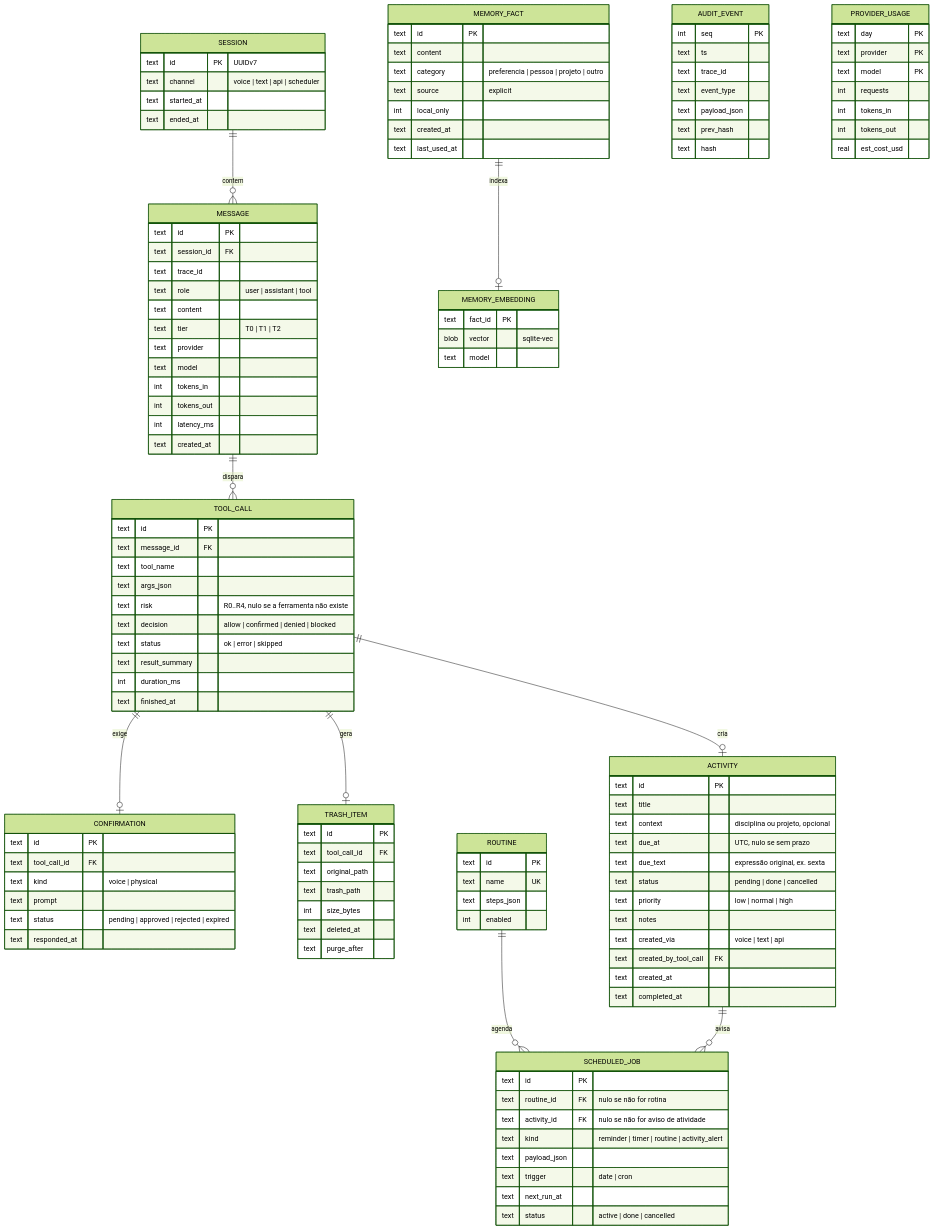
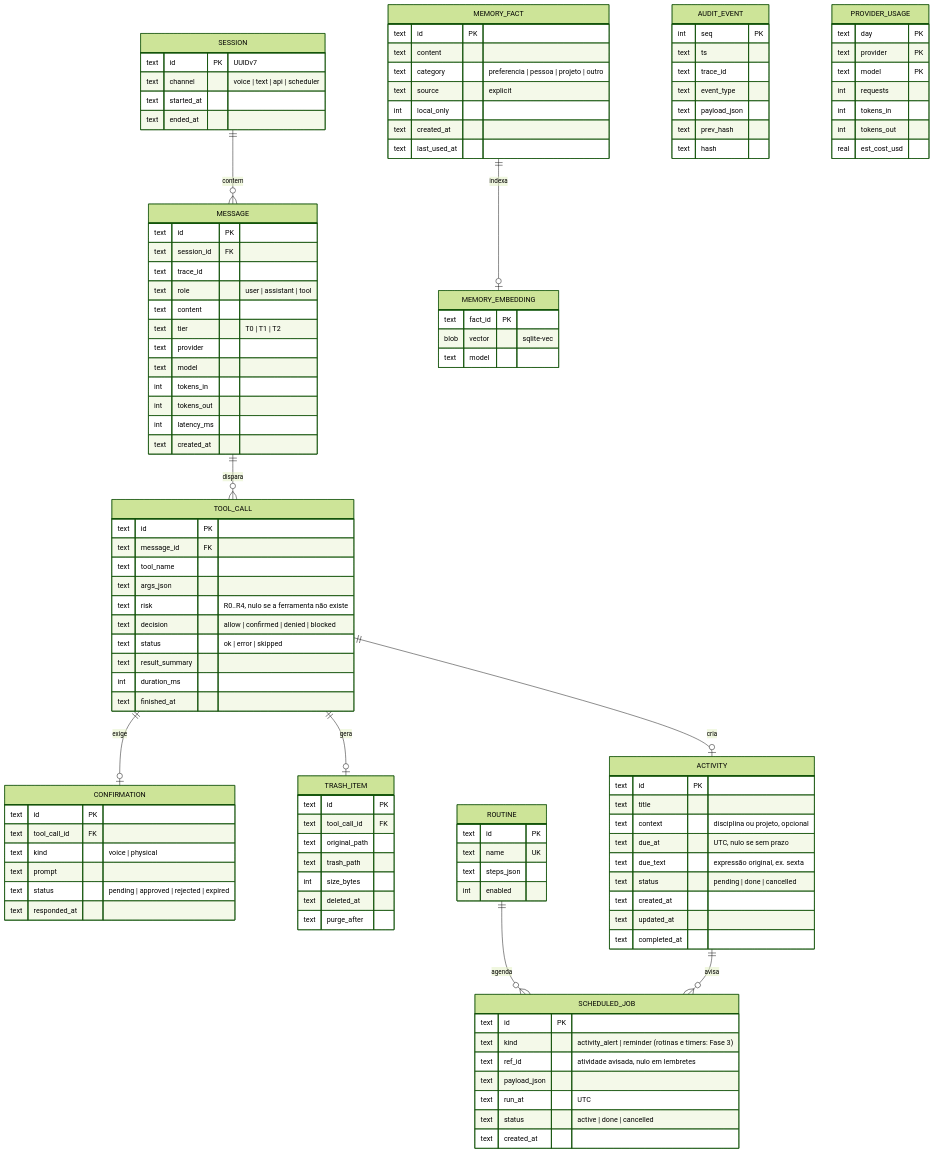
Before and after one commit to VitorAngN/Shiro-Agente: the diagram in docs/04-modelo-de-dados.md, drawn with Mermaid (forest theme). The commit also changed 24 other files, not shown here.

```diff
--- a/docs/04-modelo-de-dados.md
+++ b/docs/04-modelo-de-dados.md
@@ -85,11 +85,8 @@
         text due_at "UTC, nulo se sem prazo"
         text due_text "expressão original, ex. sexta"
         text status "pending | done | cancelled"
-        text priority "low | normal | high"
-        text notes
-        text created_via "voice | text | api"
-        text created_by_tool_call FK
         text created_at
+        text updated_at
         text completed_at
     }
     ROUTINE {
@@ -100,13 +97,12 @@
     }
     SCHEDULED_JOB {
         text id PK
-        text routine_id FK "nulo se não for rotina"
-        text activity_id FK "nulo se não for aviso de atividade"
-        text kind "reminder | timer | routine | activity_alert"
+        text kind "activity_alert | reminder (rotinas e timers: Fase 3)"
+        text ref_id "atividade avisada, nulo em lembretes"
         text payload_json
-        text trigger "date | cron"
-        text next_run_at
+        text run_at "UTC"
         text status "active | done | cancelled"
+        text created_at
     }
     AUDIT_EVENT {
         int seq PK
```
